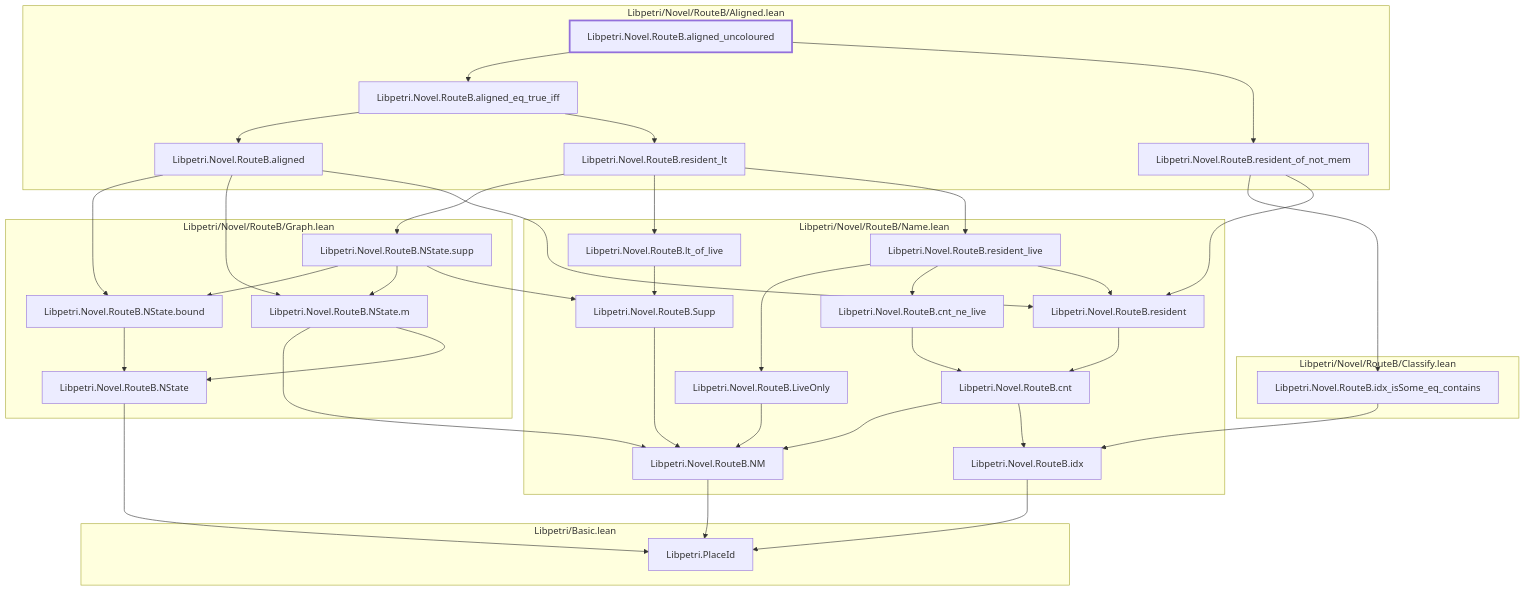
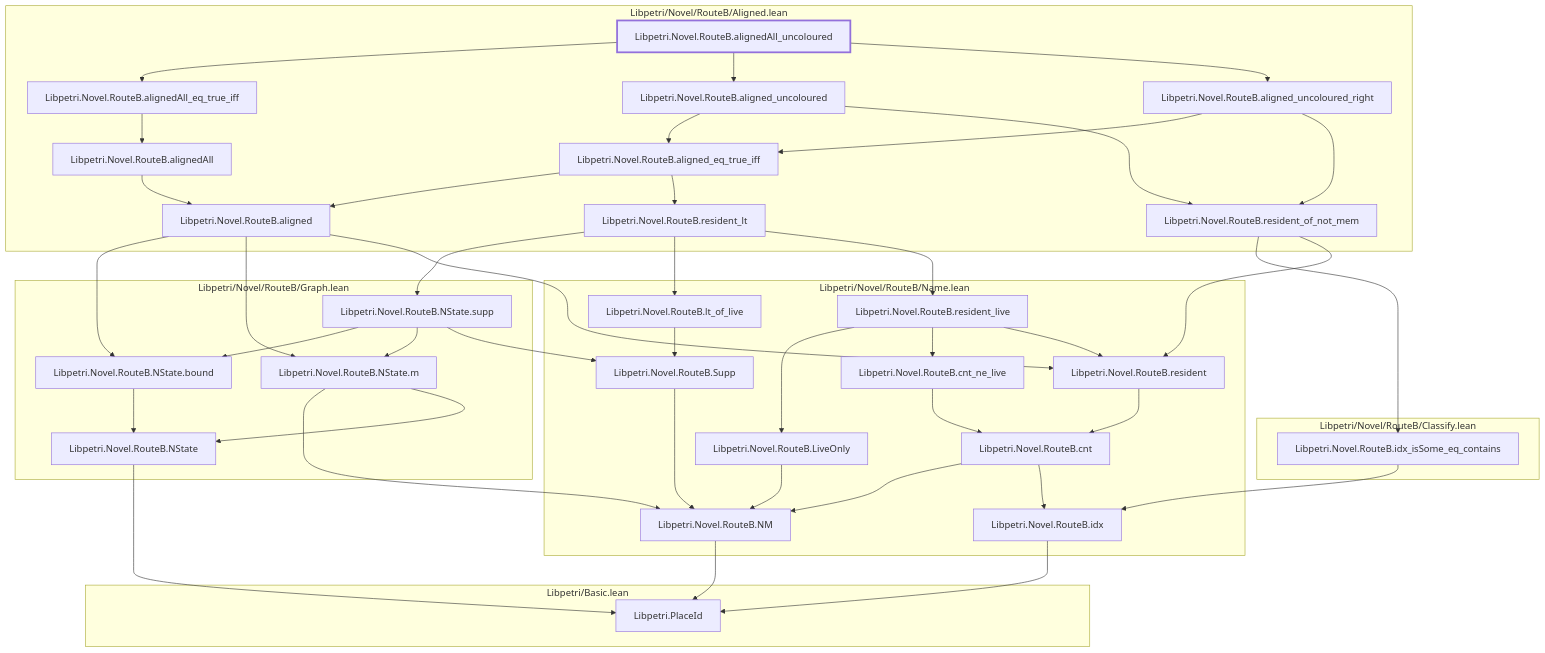
Before and after one commit to debe/libpetri: the third of 6 diagrams in lean/graph/requirements/NU-055.md, drawn with Mermaid. The commit also changed other lines of this file and 79 other files, not shown here.

````diff
--- a/lean/graph/requirements/NU-055.md
+++ b/lean/graph/requirements/NU-055.md
@@ -183,69 +238,80 @@
 ```mermaid
 flowchart TD
   subgraph g0["Libpetri/Basic.lean"]
-    n2506["Libpetri.PlaceId"]
+    n2512["Libpetri.PlaceId"]
   end
   subgraph g1["Libpetri/Novel/RouteB/Aligned.lean"]
     n1477["Libpetri.Novel.RouteB.aligned"]
-    n1479["Libpetri.Novel.RouteB.aligned_eq_true_iff"]
-    n1481["Libpetri.Novel.RouteB.aligned_uncoloured"]
-    n1655["Libpetri.Novel.RouteB.resident_lt"]
-    n1656["Libpetri.Novel.RouteB.resident_of_not_mem"]
+    n1478["Libpetri.Novel.RouteB.alignedAll"]
+    n1480["Libpetri.Novel.RouteB.alignedAll_eq_true_iff"]
+    n1482["Libpetri.Novel.RouteB.alignedAll_uncoloured"]
+    n1485["Libpetri.Novel.RouteB.aligned_eq_true_iff"]
+    n1487["Libpetri.Novel.RouteB.aligned_uncoloured"]
+    n1488["Libpetri.Novel.RouteB.aligned_uncoloured_right"]
+    n1661["Libpetri.Novel.RouteB.resident_lt"]
+    n1662["Libpetri.Novel.RouteB.resident_of_not_mem"]
   end
   subgraph g2["Libpetri/Novel/RouteB/Classify.lean"]
-    n1566["Libpetri.Novel.RouteB.idx_isSome_eq_contains"]
+    n1572["Libpetri.Novel.RouteB.idx_isSome_eq_contains"]
   end
   subgraph g3["Libpetri/Novel/RouteB/Graph.lean"]
     n1414["Libpetri.Novel.RouteB.NState"]
     n1416["Libpetri.Novel.RouteB.NState.bound"]
     n1417["Libpetri.Novel.RouteB.NState.m"]
     n1420["Libpetri.Novel.RouteB.NState.supp"]
   end
   subgraph g4["Libpetri/Novel/RouteB/Name.lean"]
     n1406["Libpetri.Novel.RouteB.LiveOnly"]
     n1413["Libpetri.Novel.RouteB.NM"]
     n1450["Libpetri.Novel.RouteB.Supp"]
-    n1502["Libpetri.Novel.RouteB.cnt"]
-    n1506["Libpetri.Novel.RouteB.cnt_ne_live"]
-    n1564["Libpetri.Novel.RouteB.idx"]
-    n1605["Libpetri.Novel.RouteB.lt_of_live"]
-    n1652["Libpetri.Novel.RouteB.resident"]
-    n1654["Libpetri.Novel.RouteB.resident_live"]
+    n1508["Libpetri.Novel.RouteB.cnt"]
+    n1512["Libpetri.Novel.RouteB.cnt_ne_live"]
+    n1570["Libpetri.Novel.RouteB.idx"]
+    n1611["Libpetri.Novel.RouteB.lt_of_live"]
+    n1658["Libpetri.Novel.RouteB.resident"]
+    n1660["Libpetri.Novel.RouteB.resident_live"]
   end
   n1406 --> n1413
-  n1413 --> n2506
-  n1414 --> n2506
+  n1413 --> n2512
+  n1414 --> n2512
   n1416 --> n1414
   n1417 --> n1413
   n1417 --> n1414
   n1420 --> n1416
   n1420 --> n1417
   n1420 --> n1450
   n1450 --> n1413
   n1477 --> n1416
   n1477 --> n1417
-  n1477 --> n1652
-  n1479 --> n1477
-  n1479 --> n1655
-  n1481 --> n1479
-  n1481 --> n1656
-  n1502 --> n1413
-  n1502 --> n1564
-  n1506 --> n1502
-  n1564 --> n2506
-  n1566 --> n1564
-  n1605 --> n1450
-  n1652 --> n1502
-  n1654 --> n1406
-  n1654 --> n1506
-  n1654 --> n1652
-  n1655 --> n1420
-  n1655 --> n1605
-  n1655 --> n1654
-  n1656 --> n1566
-  n1656 --> n1652
+  n1477 --> n1658
+  n1478 --> n1477
+  n1480 --> n1478
+  n1482 --> n1480
+  n1482 --> n1487
+  n1482 --> n1488
+  n1485 --> n1477
+  n1485 --> n1661
+  n1487 --> n1485
+  n1487 --> n1662
+  n1488 --> n1485
+  n1488 --> n1662
+  n1508 --> n1413
+  n1508 --> n1570
+  n1512 --> n1508
+  n1570 --> n2512
+  n1572 --> n1570
+  n1611 --> n1450
+  n1658 --> n1508
+  n1660 --> n1406
+  n1660 --> n1512
+  n1660 --> n1658
+  n1661 --> n1420
+  n1661 --> n1611
+  n1661 --> n1660
+  n1662 --> n1572
+  n1662 --> n1658
   classDef root stroke-width:3px
   classDef locked fill:#fff3cd,stroke:#b8860b
   classDef collapsed fill:#eeeeee,stroke-dasharray:4 4
-  class n1481 root
+  class n1482 root
 ```
````
